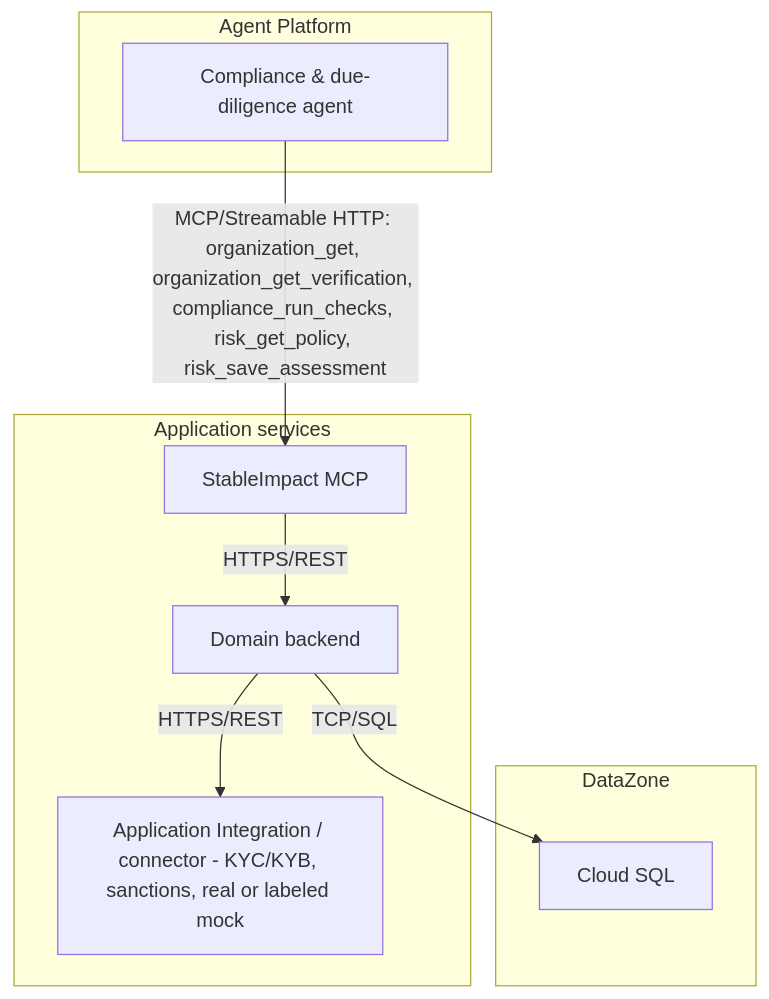
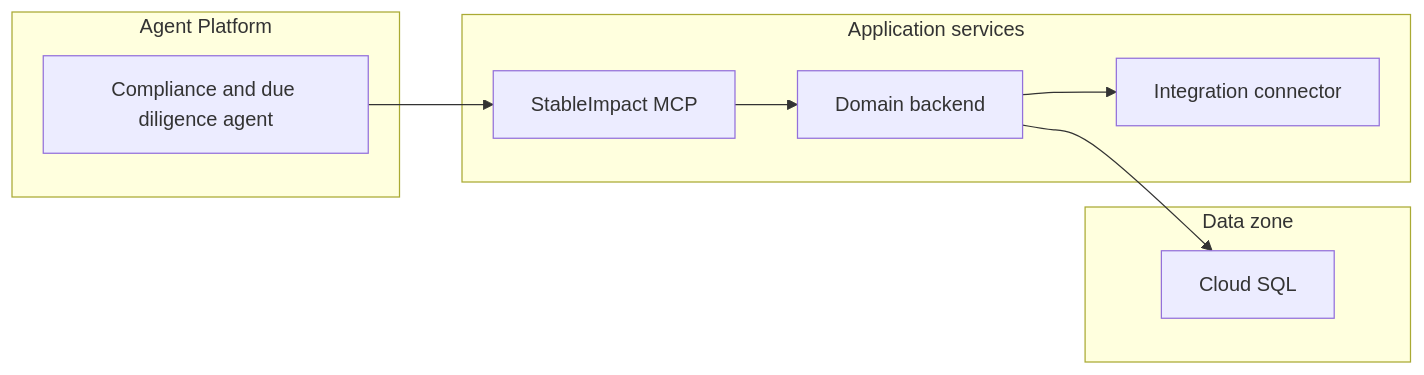
One commit to eweinmanepam/Documents changed the sixth of 19 diagrams in stableimpact-design.md. Above: the diagram before and after it, drawn with Mermaid. The commit also changed other lines of this file, not shown here.

````diff
--- a/stableimpact-design.md
+++ b/stableimpact-design.md
@@ -250,21 +235,20 @@
 ```mermaid
-flowchart TB
+flowchart LR
   subgraph Platform[Agent Platform]
-    AGENT[Compliance & due-diligence agent]
+    AGENT[Compliance and due diligence agent]
   end
 
   subgraph AppSvc[Application services]
     MCP[StableImpact MCP]
     API[Domain backend]
-    INTEG[Application Integration / connector - KYC/KYB, sanctions, real or labeled mock]
+    INTEG[Integration connector]
   end
 
-  subgraph DataZone[DataZone]
+  subgraph DataZone[Data zone]
     SQL[Cloud SQL]
   end
 
-  AGENT -- MCP/Streamable HTTP: organization_get, organization_get_verification, compliance_run_checks, risk_get_policy, risk_save_assessment --> MCP
-  MCP -- HTTPS/REST --> API
-  API -- HTTPS/REST --> INTEG
-  API -- TCP/SQL --> SQL
+  AGENT --> MCP --> API
+  API --> INTEG
+  API --> SQL
 ```
````
